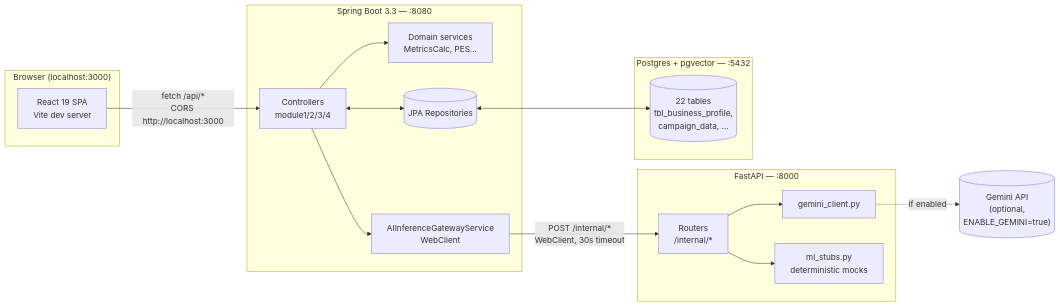
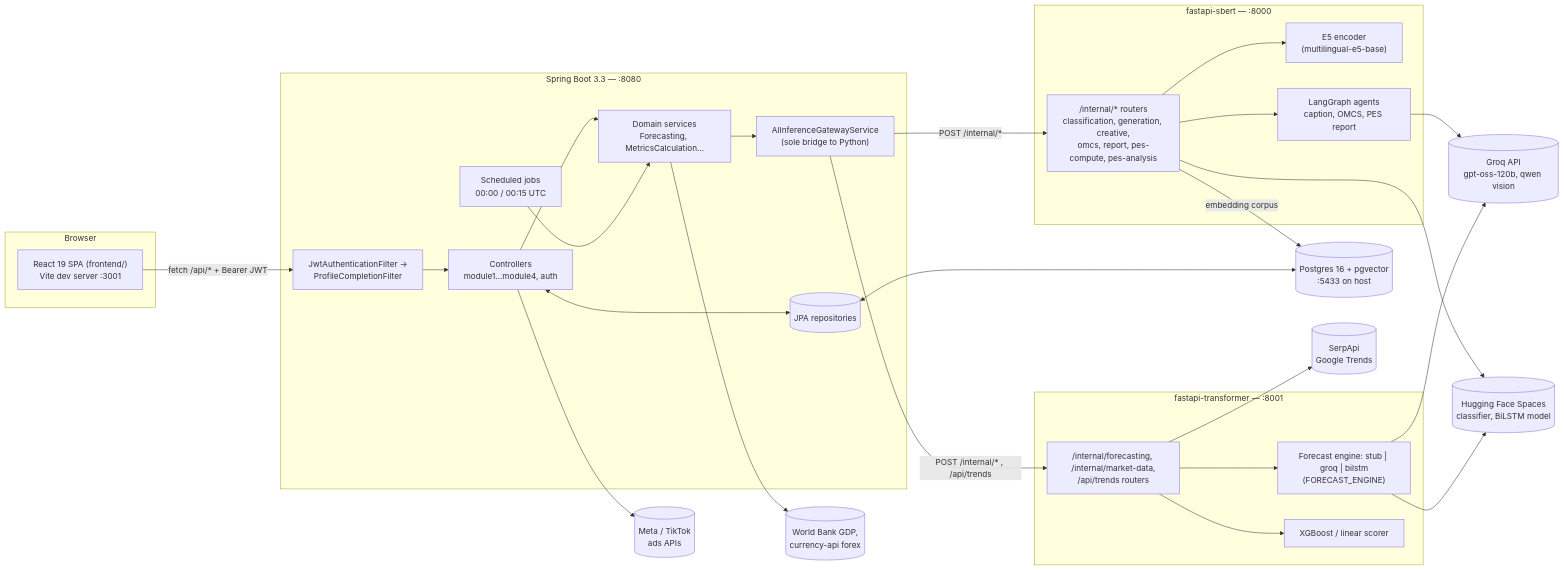
Before and after one commit to SherieHub/CeView: the first of 8 diagrams in ARCHITECTURE.md, drawn with Mermaid. The commit also changed other lines of this file and 38 other files, not shown here.

````diff
--- a/ARCHITECTURE.md
+++ b/ARCHITECTURE.md
@@ -9,35 +15,52 @@
 ```mermaid
 flowchart LR
-    subgraph Browser["Browser (localhost:3000)"]
-        UI[React 19 SPA<br/>Vite dev server]
+    subgraph Browser["Browser"]
+        UI["React 19 SPA (frontend/)<br/>Vite dev server :3001"]
     end
 
     subgraph SpringBoot["Spring Boot 3.3 — :8080"]
-        Ctrl[Controllers<br/>module1/2/3/4]
-        Svc[Domain services<br/>MetricsCalc, PES…]
-        AIGW[AIInferenceGatewayService<br/>WebClient]
-        JPA[(JPA Repositories)]
+        Filters["JwtAuthenticationFilter →<br/>ProfileCompletionFilter"]
+        Ctrl["Controllers<br/>module1…module4, auth"]
+        Svc["Domain services<br/>Forecasting, MetricsCalculation…"]
+        AIGW["AIInferenceGatewayService<br/>(sole bridge to Python)"]
+        Jobs["Scheduled jobs<br/>00:00 / 00:15 UTC"]
+        JPA[("JPA repositories")]
     end
 
-    subgraph FastAPI["FastAPI — :8000"]
-        Router[Routers<br/>/internal/*]
-        Gemini[gemini_client.py]
-        Stubs[ml_stubs.py<br/>deterministic mocks]
+    subgraph Sbert["fastapi-sbert — :8000"]
+        SR["/internal/* routers<br/>classification, generation, creative,<br/>omcs, report, pes-compute, pes-analysis"]
+        E5["E5 encoder<br/>(multilingual-e5-base)"]
+        Agents["LangGraph agents<br/>caption, OMCS, PES report"]
     end
 
-    subgraph PG["Postgres + pgvector — :5432"]
-        Tables[(22 tables<br/>tbl_business_profile,<br/>campaign_data, …)]
+    subgraph Trans["fastapi-transformer — :8001"]
+        TR["/internal/forecasting, /internal/market-data,<br/>/api/trends routers"]
+        Eng["Forecast engine: stub | groq | bilstm<br/>(FORECAST_ENGINE)"]
+        XGB["XGBoost / linear scorer"]
     end
 
-    External[("Gemini API<br/>(optional,<br/>ENABLE_GEMINI=true)")]
+    PG[("Postgres 16 + pgvector<br/>:5433 on host")]
 
-    UI -- "fetch /api/*<br/>CORS http://localhost:3000" --> Ctrl
-    Ctrl --> Svc
-    Ctrl --> AIGW
-    Ctrl <--> JPA
-    JPA <--> Tables
-    AIGW -- "POST /internal/*<br/>WebClient, 30s timeout" --> Router
-    Router --> Gemini
-    Router --> Stubs
-    Gemini -. "if enabled" .-> External
+    Groq[("Groq API<br/>gpt-oss-120b, qwen vision")]
+    HF[("Hugging Face Spaces<br/>classifier, BiLSTM model")]
+    Serp[("SerpApi<br/>Google Trends")]
+    Macro[("World Bank GDP,<br/>currency-api forex")]
+    Ads[("Meta / TikTok<br/>ads APIs")]
+
+    UI -- "fetch /api/* + Bearer JWT" --> Filters --> Ctrl
+    Ctrl --> Svc --> AIGW
+    Ctrl <--> JPA <--> PG
+    Jobs --> Svc
+    AIGW -- "POST /internal/*" --> SR
+    AIGW -- "POST /internal/* , /api/trends" --> TR
+    SR --> E5
+    SR --> Agents --> Groq
+    SR -- "embedding corpus" --> PG
+    SR --> HF
+    TR --> Eng --> Groq
+    Eng --> HF
+    TR --> XGB
+    TR --> Serp
+    Svc --> Macro
+    Ctrl --> Ads
 ```
````
